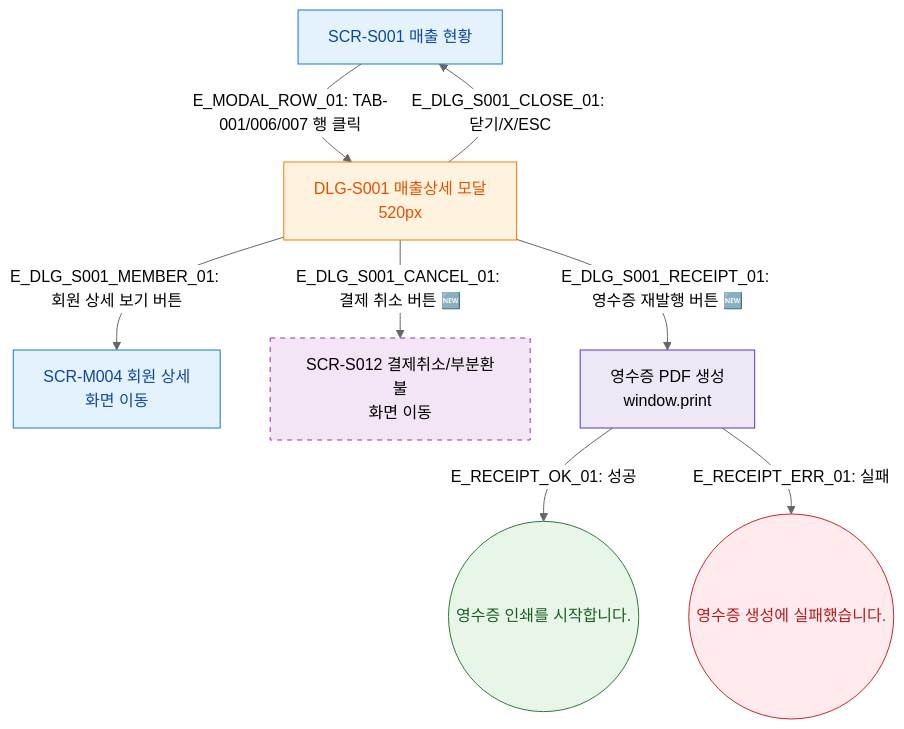
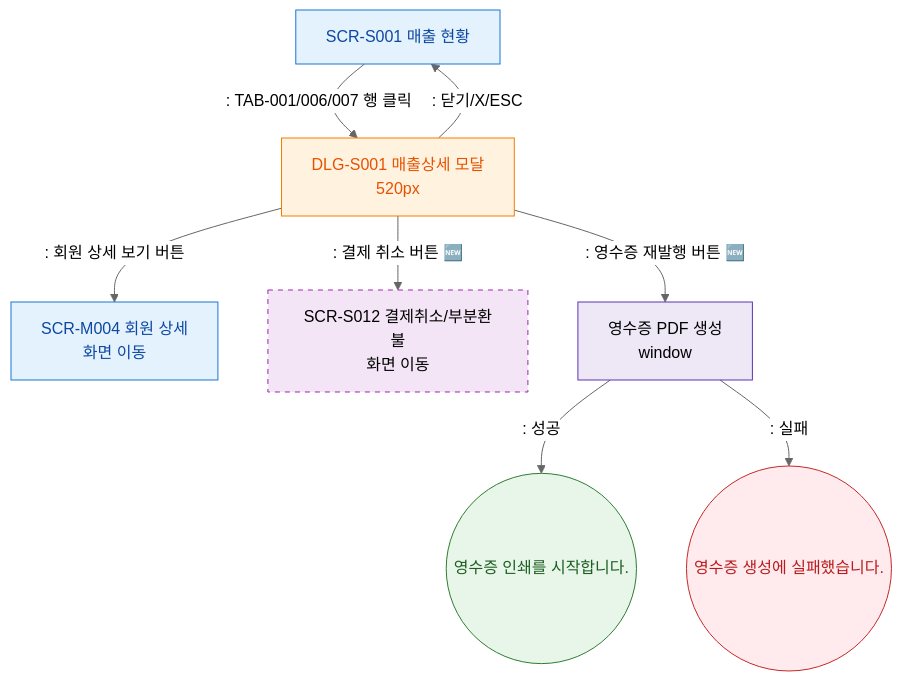
The diagram in docs/다이어그램/D03_매출관리/SCR-S001_매출현황/F5_모달트리거.md (dev-spogym/admin-pando), drawn with Mermaid (neutral theme) before and after one commit. The commit also changed other lines of this file and 1660 other files, not shown here.

First line of the commit message:
다이어그램: 기획자/클라이언트 납품본으로 정리

````diff
--- a/docs/다이어그램/D03_매출관리/SCR-S001_매출현황/F5_모달트리거.md
+++ b/docs/다이어그램/D03_매출관리/SCR-S001_매출현황/F5_모달트리거.md
@@ -20,28 +18,28 @@
 ```mermaid
 flowchart TD
     S001[SCR-S001 매출 현황]
 
-    S001 -->|"E_MODAL_ROW_01: TAB-001/006/007 행 클릭"| DLG_S001[DLG-S001 매출상세 모달\n520px]
+    S001 -->|": TAB-001/006/007 행 클릭"|DLG_S001[DLG-S001 매출상세 모달\n520px]
 
-    DLG_S001 -->|"E_DLG_S001_MEMBER_01: 회원 상세 보기 버튼"| SCR_M004[SCR-M004 회원 상세\n화면 이동]
-    DLG_S001 -->|"E_DLG_S001_CANCEL_01: 결제 취소 버튼 🆕"| SCR_S012[SCR-S012 결제취소/부분환불\n화면 이동]
-    DLG_S001 -->|"E_DLG_S001_RECEIPT_01: 영수증 재발행 버튼 🆕"| RECEIPT_PROC[영수증 PDF 생성\nwindow.print]
-    DLG_S001 -->|"E_DLG_S001_CLOSE_01: 닫기/X/ESC"| S001
+    DLG_S001 -->|": 회원 상세 보기 버튼"|SCR_M004[SCR-M004 회원 상세\n화면 이동]
+    DLG_S001 -->|": 결제 취소 버튼 🆕"|SCR_S012[SCR-S012 결제취소/부분환불\n화면 이동]
+    DLG_S001 -->|": 영수증 재발행 버튼 🆕"|RECEIPT_PROC[영수증 PDF 생성\nwindow]
+    DLG_S001 -->|": 닫기/X/ESC"|S001
 
-    RECEIPT_PROC -->|"E_RECEIPT_OK_01: 성공"| TOAST_RECEIPT_OK((영수증 인쇄를 시작합니다.))
-    RECEIPT_PROC -->|"E_RECEIPT_ERR_01: 실패"| TOAST_RECEIPT_ERR((영수증 생성에 실패했습니다.))
+    RECEIPT_PROC -->|": 성공"|TOAST_RECEIPT_OK((영수증 인쇄를 시작합니다.))
+    RECEIPT_PROC -->|": 실패"|TOAST_RECEIPT_ERR((영수증 생성에 실패했습니다.))
 
     classDef screen fill:#E3F2FD,stroke:#1976D2,color:#0D47A1
     classDef modal fill:#FFF3E0,stroke:#F57C00,color:#E65100
     classDef newFeature fill:#F3E5F5,stroke:#9C27B0,stroke-dasharray:5 5
     classDef success fill:#E8F5E9,stroke:#2E7D32,color:#1B5E20
     classDef error fill:#FFEBEE,stroke:#C62828,color:#B71C1C
     classDef system fill:#EDE7F6,stroke:#5E35B2
 
     class S001,SCR_M004 screen
     class SCR_S012 newFeature
     class DLG_S001 modal
     class TOAST_RECEIPT_OK success
     class TOAST_RECEIPT_ERR error
     class RECEIPT_PROC system
 ```
````
